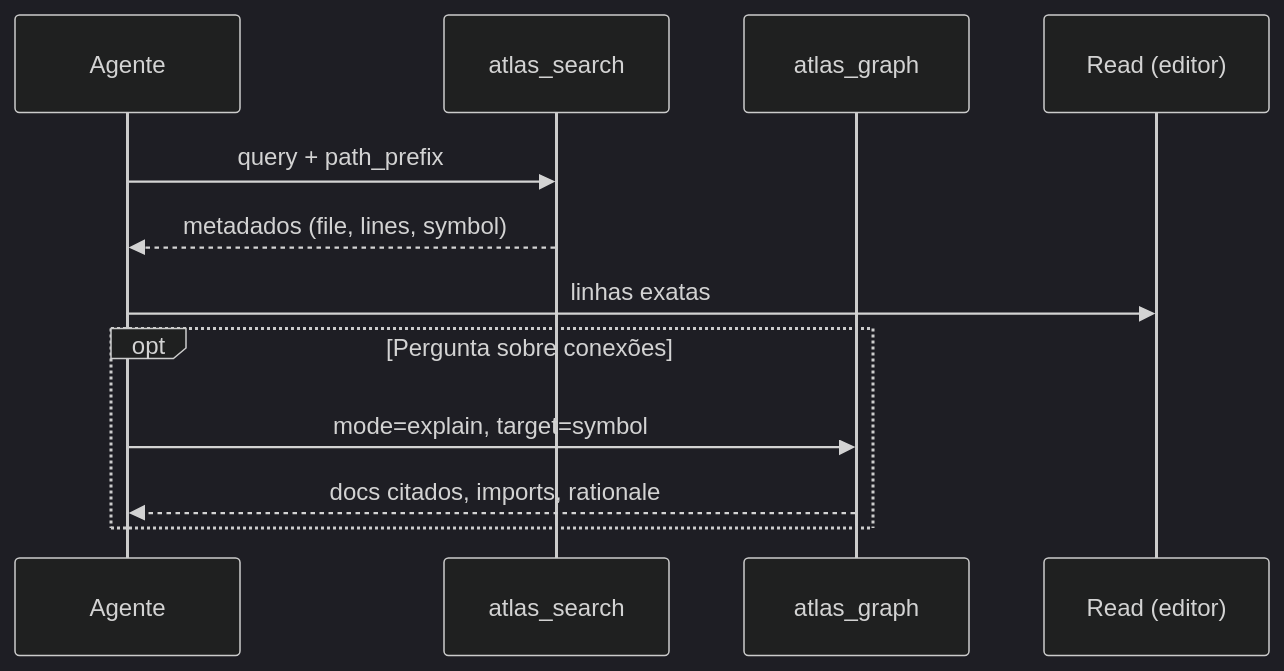
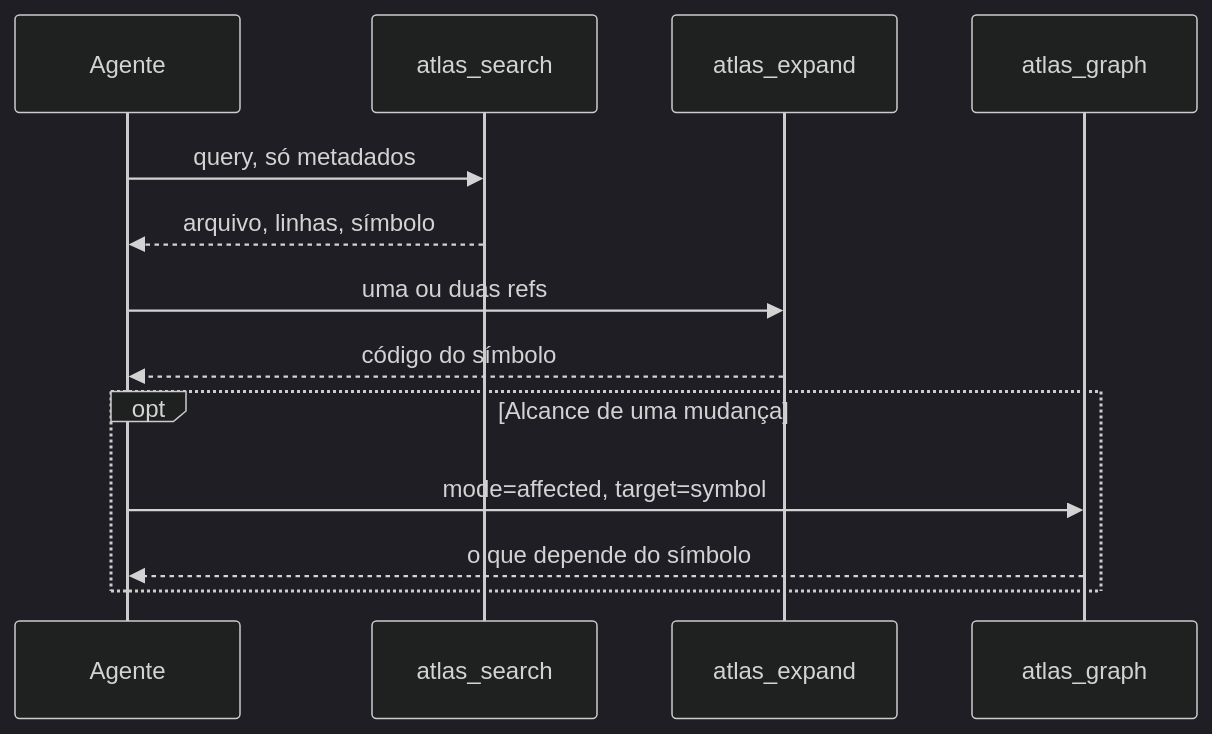
Before and after one commit to LuisCarlosLopes/codesteer-atlas: the ninth of 14 diagrams in docs/guia-indexacao-grafo-mcp.md, drawn with Mermaid (dark theme). The commit also changed other lines of this file and 3 other files, not shown here.

````diff
--- a/docs/guia-indexacao-grafo-mcp.md
+++ b/docs/guia-indexacao-grafo-mcp.md
@@ -354,15 +387,16 @@
 ```mermaid
 sequenceDiagram
     participant Agente
     participant Search as atlas_search
+    participant Expand as atlas_expand
     participant Graph as atlas_graph
-    participant Read as Read (editor)
 
-    Agente->>Search: query + path_prefix
-    Search-->>Agente: metadados (file, lines, symbol)
-    Agente->>Read: linhas exatas
-    opt Pergunta sobre conexões
-        Agente->>Graph: mode=explain, target=symbol
-        Graph-->>Agente: docs citados, imports, rationale
+    Agente->>Search: query, só metadados
+    Search-->>Agente: arquivo, linhas, símbolo
+    Agente->>Expand: uma ou duas refs
+    Expand-->>Agente: código do símbolo
+    opt Alcance de uma mudança
+        Agente->>Graph: mode=affected, target=symbol
+        Graph-->>Agente: o que depende do símbolo
     end
 ```
````
